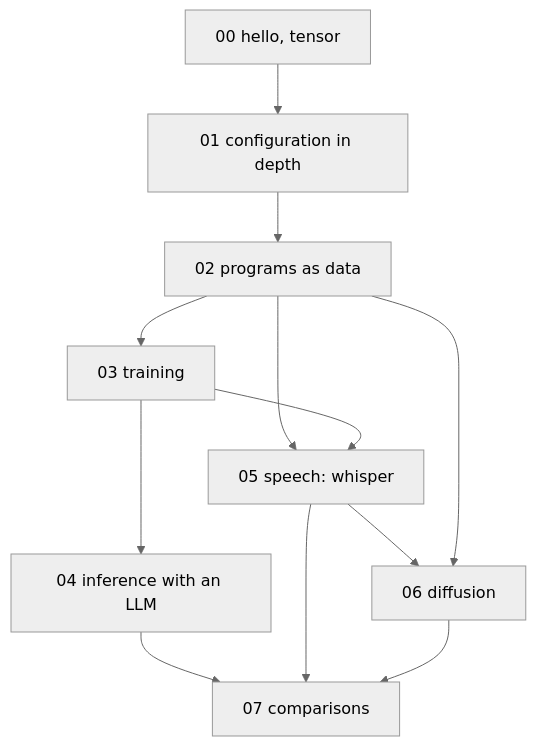
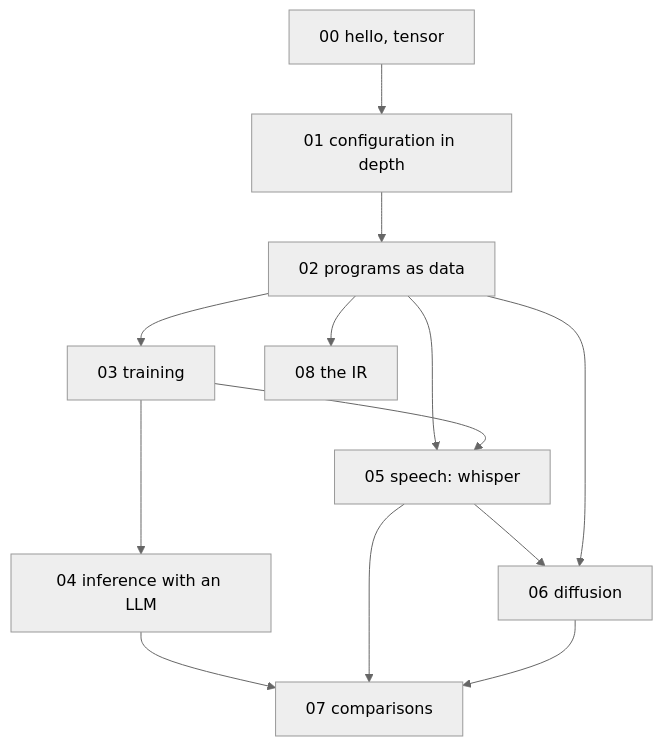
The diagram in docs/omega/README.md (brianbruggeman/proxima), drawn with Mermaid (neutral theme) before and after one commit. The commit also changed other lines of this file and 2 other files, not shown here.

Commit message:
docs(omega): the ir from the lowest algebra up

````diff
--- a/docs/omega/README.md
+++ b/docs/omega/README.md
@@ -20,22 +21,24 @@
 ```mermaid
 graph TD
   P00["00 hello, tensor"]
   P01["01 configuration in depth"]
   P02["02 programs as data"]
   P03["03 training"]
   P04["04 inference with an LLM"]
   P05["05 speech: whisper"]
   P06["06 diffusion"]
   P07["07 comparisons"]
+  P08["08 the IR"]
   P00 --> P01
   P01 --> P02
   P02 --> P03
   P03 --> P04
   P02 --> P05
   P03 --> P05
   P05 --> P06
   P02 --> P06
   P04 --> P07
   P05 --> P07
   P06 --> P07
+  P02 --> P08
 ```
````
